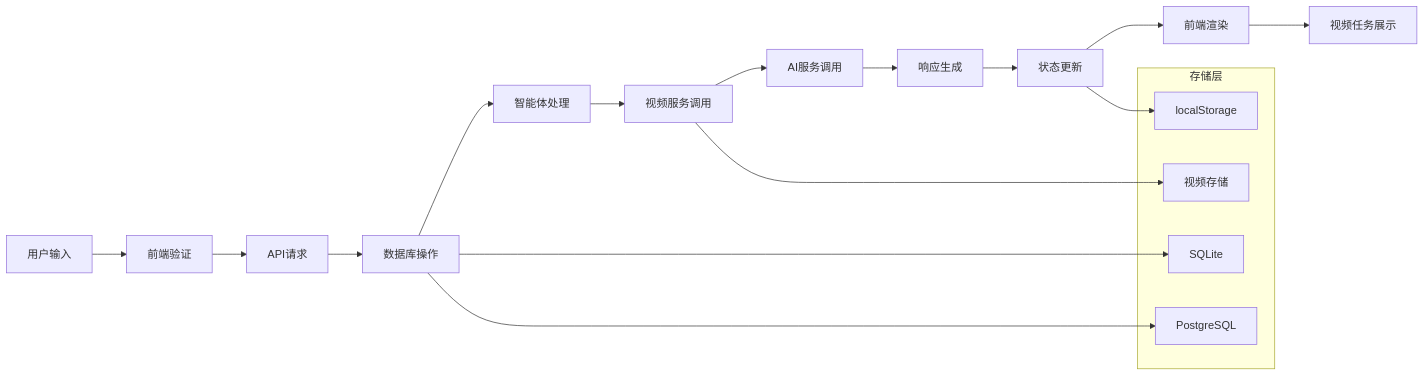
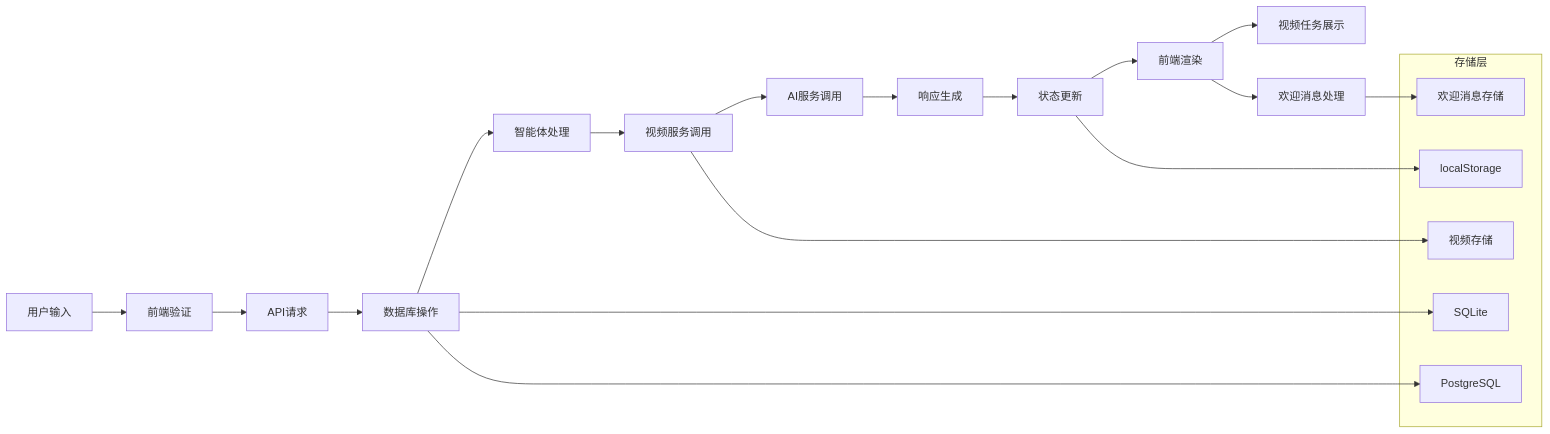
Diagram 19 of 19 in .qoder/repowiki/zh/content/前端应用架构/状态管理/Zustand Store 设计/增强的AI助手存储.md (KunLabAI/KunFlix), drawn with Mermaid before and after one commit. The commit also changed other lines of this file and 20 other files, not shown here.

````diff
--- a/.qoder/repowiki/zh/content/前端应用架构/状态管理/Zustand Store 设计/增强的AI助手存储.md
+++ b/.qoder/repowiki/zh/content/前端应用架构/状态管理/Zustand Store 设计/增强的AI助手存储.md
@@ -604,23 +747,26 @@
 ```mermaid
 flowchart LR
 A[用户输入] --> B[前端验证]
 B --> C[API请求]
 C --> D[数据库操作]
 D --> E[智能体处理]
 E --> F[视频服务调用]
 F --> G[AI服务调用]
 G --> H[响应生成]
 H --> I[状态更新]
 I --> J[前端渲染]
 J --> K[视频任务展示]
+J --> L[欢迎消息处理]
 subgraph "存储层"
-L[SQLite]
-M[PostgreSQL]
-N[localStorage]
-O[视频存储]
+M[SQLite]
+N[PostgreSQL]
+O[localStorage]
+P[视频存储]
+Q[欢迎消息存储]
 end
-D --> L
 D --> M
-I --> N
-F --> O
+D --> N
+I --> O
+F --> P
+L --> Q
 ```
````
